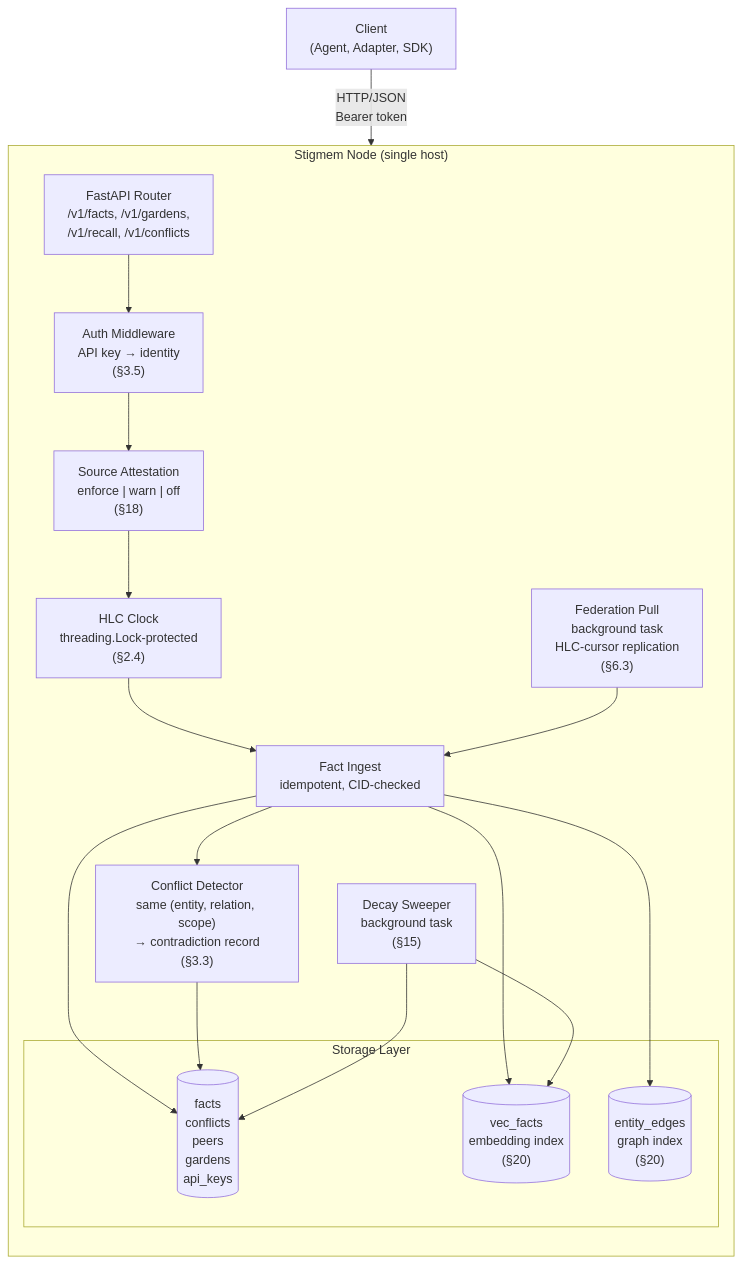
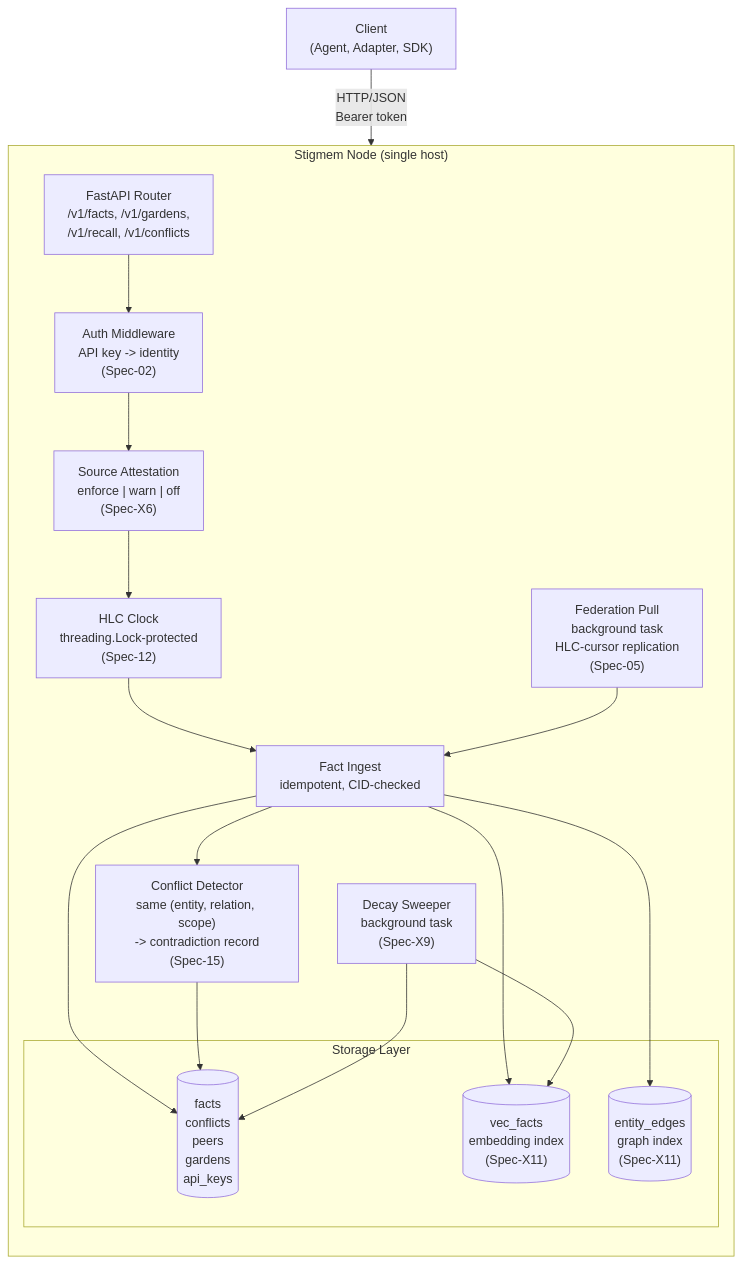
Before and after one commit to eidetic-labs/stigmem: the diagram in docs/docs/reference/architecture/single-host-node.md, drawn with Mermaid. The commit also changed other lines of this file and 19 other files, not shown here.

````diff
--- a/docs/docs/reference/architecture/single-host-node.md
+++ b/docs/docs/reference/architecture/single-host-node.md
@@ -15,36 +15,36 @@
 ```mermaid
 graph TB
     Client["Client\n(Agent, Adapter, SDK)"]
 
     subgraph Node["Stigmem Node (single host)"]
         direction TB
         API["FastAPI Router\n/v1/facts, /v1/gardens,\n/v1/recall, /v1/conflicts"]
-        Auth["Auth Middleware\nAPI key → identity\n(§3.5)"]
-        Attest["Source Attestation\nenforce | warn | off\n(§18)"]
-        HLC["HLC Clock\nthreading.Lock-protected\n(§2.4)"]
+        Auth["Auth Middleware\nAPI key -> identity\n(Spec-02)"]
+        Attest["Source Attestation\nenforce | warn | off\n(Spec-X6)"]
+        HLC["HLC Clock\nthreading.Lock-protected\n(Spec-12)"]
         Ingest["Fact Ingest\nidempotent, CID-checked"]
-        Conflict["Conflict Detector\nsame (entity, relation, scope)\n→ contradiction record\n(§3.3)"]
-        Decay["Decay Sweeper\nbackground task\n(§15)"]
-        FedPull["Federation Pull\nbackground task\nHLC-cursor replication\n(§6.3)"]
+        Conflict["Conflict Detector\nsame (entity, relation, scope)\n-> contradiction record\n(Spec-15)"]
+        Decay["Decay Sweeper\nbackground task\n(Spec-X9)"]
+        FedPull["Federation Pull\nbackground task\nHLC-cursor replication\n(Spec-05)"]
 
         subgraph Storage["Storage Layer"]
             DB[("facts\nconflicts\npeers\ngardens\napi_keys")]
-            Vec[("vec_facts\nembedding index\n(§20)")]
-            Edges[("entity_edges\ngraph index\n(§20)")]
+            Vec[("vec_facts\nembedding index\n(Spec-X11)")]
+            Edges[("entity_edges\ngraph index\n(Spec-X11)")]
         end
     end
 
     Client -- "HTTP/JSON\nBearer token" --> API
     API --> Auth
     Auth --> Attest
     Attest --> HLC
     HLC --> Ingest
     Ingest --> DB
     Ingest --> Conflict
     Conflict --> DB
     Ingest --> Vec
     Ingest --> Edges
     Decay --> DB
     Decay --> Vec
     FedPull --> Ingest
 ```
````
